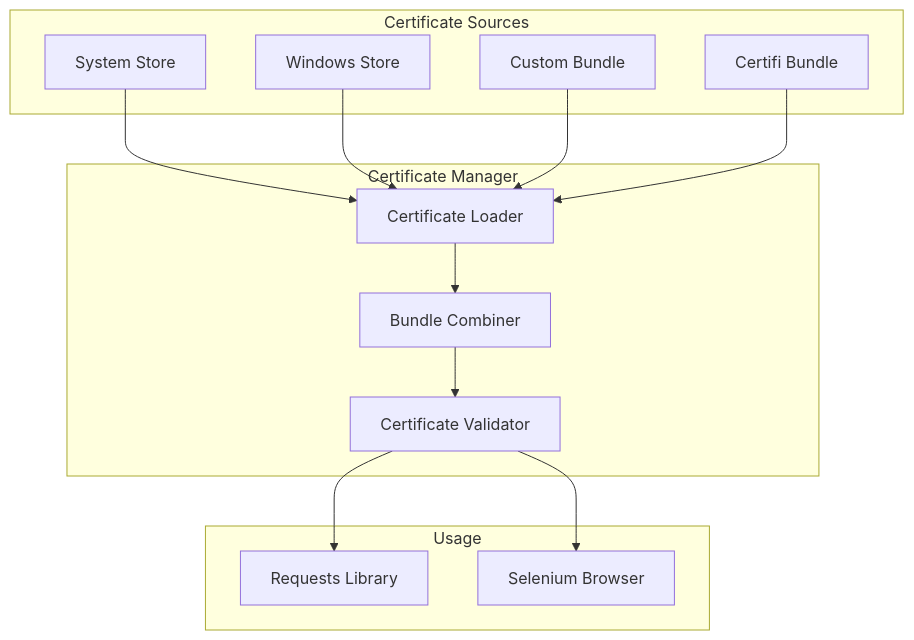
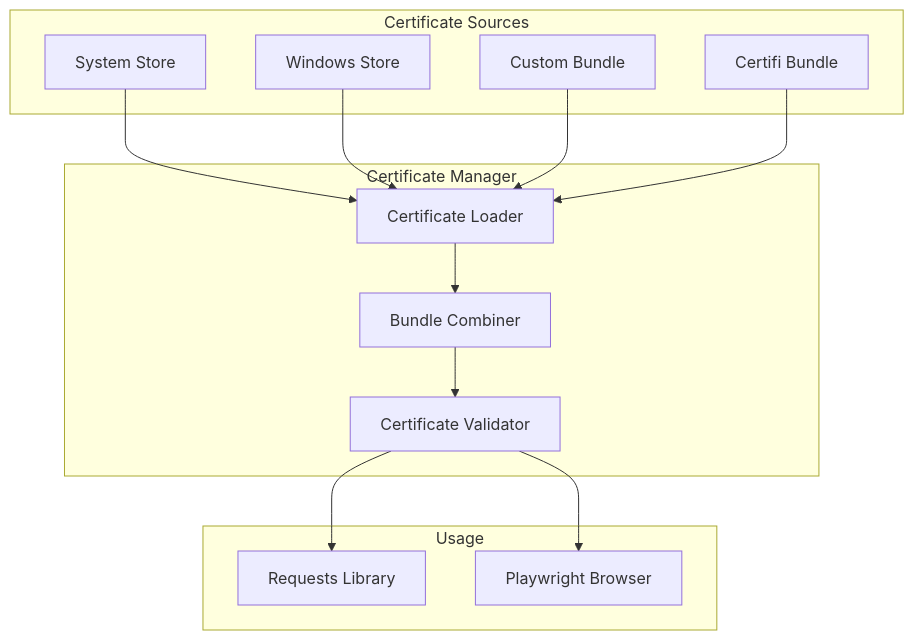
One commit to nevedomski/gitBridge changed the fifth of 5 diagrams in docs/architecture/index.md. Above: the diagram before and after it, drawn with Mermaid. The commit also changed 8 other files, not shown here.

Commit message:
Complete migration from Selenium to Playwright; update documentation, installation guides, and exception handling; bump version to 0.8.0b1

````diff
--- a/docs/architecture/index.md
+++ b/docs/architecture/index.md
@@ -447,29 +447,29 @@
 ```mermaid
 graph TB
     subgraph "Certificate Sources"
         SYSTEM[System Store]
         WINDOWS[Windows Store]
         CUSTOM[Custom Bundle]
         CERTIFI[Certifi Bundle]
     end
     
     subgraph "Certificate Manager"
         LOADER[Certificate Loader]
         COMBINER[Bundle Combiner]
         VALIDATOR[Certificate Validator]
     end
     
     subgraph "Usage"
         REQUESTS[Requests Library]
-        SELENIUM[Selenium Browser]
+        PLAYWRIGHT[Playwright Browser]
     end
     
     SYSTEM --> LOADER
     WINDOWS --> LOADER
     CUSTOM --> LOADER
     CERTIFI --> LOADER
     LOADER --> COMBINER
     COMBINER --> VALIDATOR
     VALIDATOR --> REQUESTS
-    VALIDATOR --> SELENIUM
+    VALIDATOR --> PLAYWRIGHT
 ```
````
